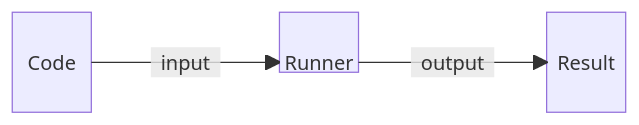
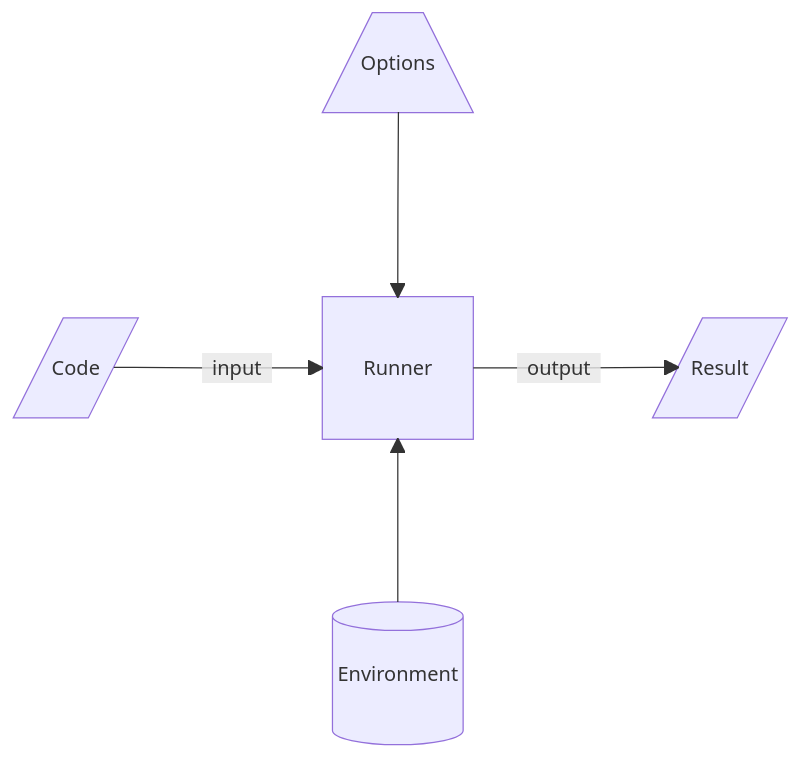
Before and after one commit to asimov-specs/asimov-specs: the diagram in program-patterns/diagrams/runner.mmd, drawn with Mermaid. The commit also changed 19 other files, not shown here.

Commit message:
Enhance the data flow diagrams.

```diff
--- a/program-patterns/diagrams/runner.mmd
+++ b/program-patterns/diagrams/runner.mmd
@@ -1,11 +1,23 @@
+---
+title: Data flow for runners
+---
 block-beta
-    columns 7
-    Code space:2 Runner space:2 Result
-    Code-- "input" -->Runner
-    Runner-- "output" -->Result
+  classDef block height:48px,padding:8px;
 
-    classDef block height:48px,padding:8px;
-    classDef hidden visibility:none;
-    class Runner block
-    class Code hidden
-    class Result hidden
+  columns 5
+  space:2 Options space:2
+  space:5
+  Input space Program space Output
+  space:5
+  space:2 State space:2
+
+  Options --> Program
+  Input-- "input" -->Program
+  Program-- "output" -->Output
+  State --> Program
+
+  Options[/"Options"\]
+  Program["Runner"]
+  Input[/"Code"/]
+  Output[/"Result"/]
+  State[("Environment")]
```
